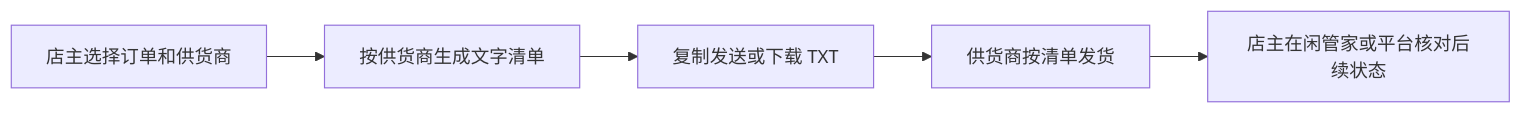
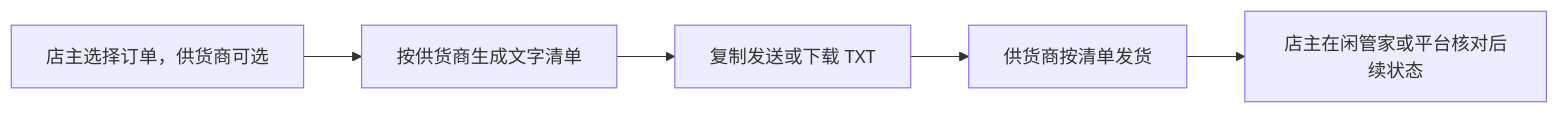
The diagram in README.md (huoyunpili/xiaomaipu), drawn with Mermaid before and after one commit. The commit also changed other lines of this file and 6 other files, not shown here.

````diff
--- a/README.md
+++ b/README.md
@@ -61,7 +63,7 @@
 ```mermaid
 flowchart LR
-    A[店主选择订单和供货商] --> B[按供货商生成文字清单]
+    A[店主选择订单，供货商可选] --> B[按供货商生成文字清单]
     B --> C[复制发送或下载 TXT]
     C --> D[供货商按清单发货]
     D --> E[店主在闲管家或平台核对后续状态]
 ```
````
